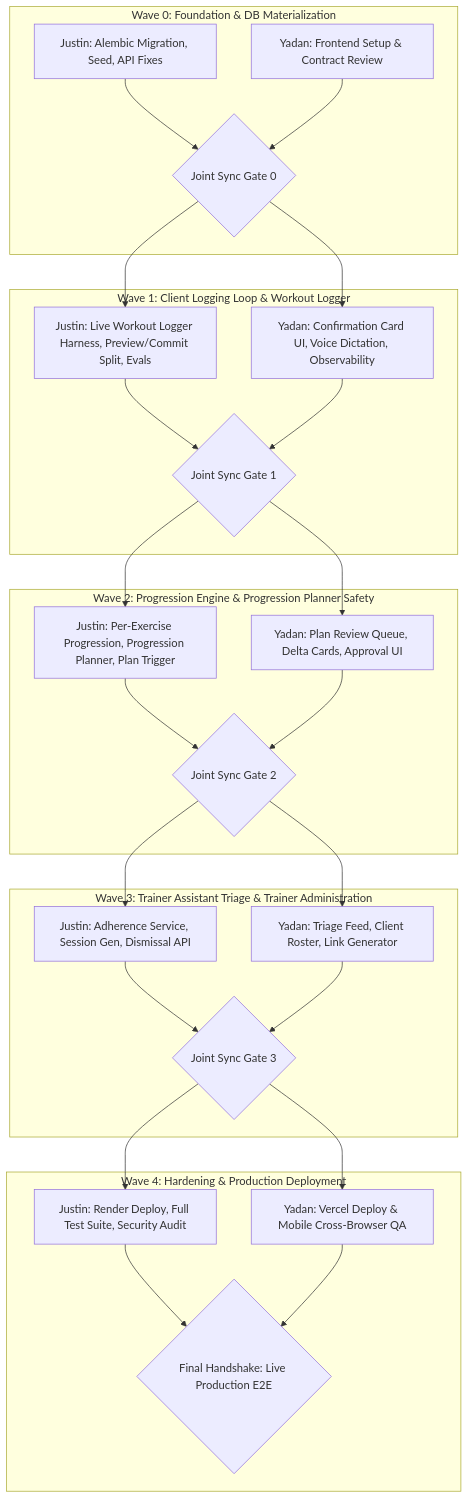
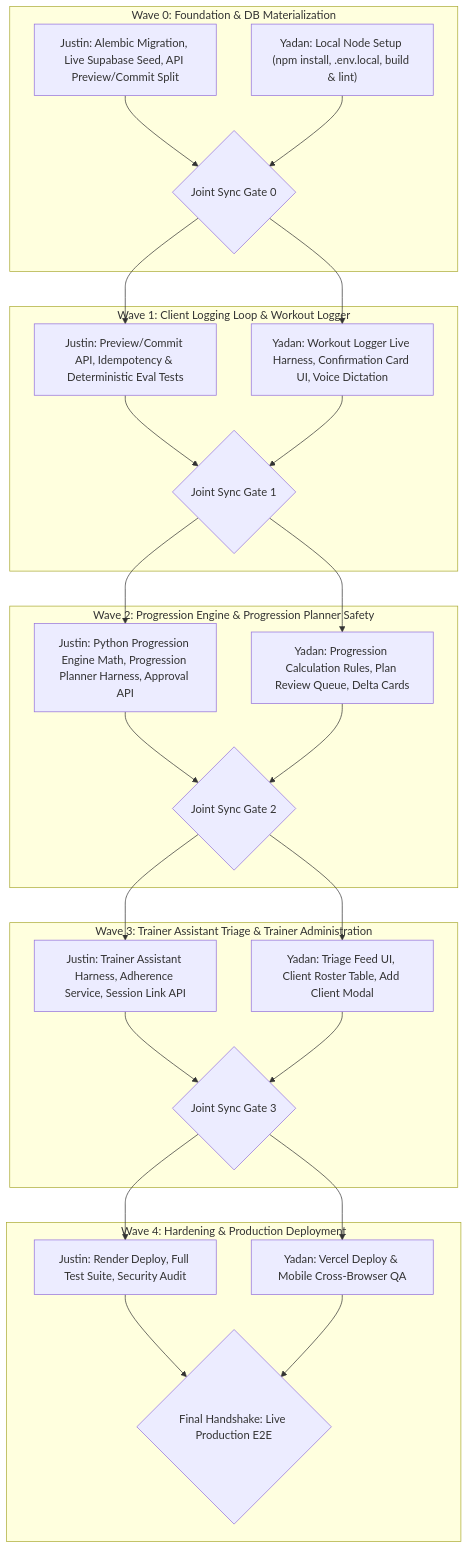
One commit to justin-day-pursuit/trainer-agent-app changed the second of 2 diagrams in documents/09-implementation-plan.md. Above: the diagram before and after it, drawn with Mermaid. The commit also changed other lines of this file and 4 other files, not shown here.

````diff
--- a/documents/09-implementation-plan.md
+++ b/documents/09-implementation-plan.md
@@ -156,50 +165,50 @@
 ```mermaid
 flowchart TD
     subgraph Wave0 ["Wave 0: Foundation & DB Materialization"]
-        W0_J["Justin: Alembic Migration, Seed, API Fixes"]
-        W0_Y["Yadan: Frontend Setup & Contract Review"]
+        W0_J["Justin: Alembic Migration, Live Supabase Seed, API Preview/Commit Split"]
+        W0_Y["Yadan: Local Node Setup (npm install, .env.local, build & lint)"]
         W0_Gate{"Joint Sync Gate 0"}
         W0_J --> W0_Gate
         W0_Y --> W0_Gate
     end
 
     subgraph Wave1 ["Wave 1: Client Logging Loop & Workout Logger"]
-        W1_J["Justin: Live Workout Logger Harness, Preview/Commit Split, Evals"]
-        W1_Y["Yadan: Confirmation Card UI, Voice Dictation, Observability"]
+        W1_J["Justin: Preview/Commit API, Idempotency & Deterministic Eval Tests"]
+        W1_Y["Yadan: Workout Logger Live Harness, Confirmation Card UI, Voice Dictation"]
         W1_Gate{"Joint Sync Gate 1"}
         W0_Gate --> W1_J
         W0_Gate --> W1_Y
         W1_J --> W1_Gate
         W1_Y --> W1_Gate
     end
 
     subgraph Wave2 ["Wave 2: Progression Engine & Progression Planner Safety"]
-        W2_J["Justin: Per-Exercise Progression, Progression Planner, Plan Trigger"]
-        W2_Y["Yadan: Plan Review Queue, Delta Cards, Approval UI"]
+        W2_Y["Yadan: Progression Calculation Rules, Plan Review Queue, Delta Cards"]
+        W2_J["Justin: Python Progression Engine Math, Progression Planner Harness, Approval API"]
         W2_Gate{"Joint Sync Gate 2"}
         W1_Gate --> W2_J
         W1_Gate --> W2_Y
         W2_J --> W2_Gate
         W2_Y --> W2_Gate
     end
 
     subgraph Wave3 ["Wave 3: Trainer Assistant Triage & Trainer Administration"]
-        W3_J["Justin: Adherence Service, Session Gen, Dismissal API"]
-        W3_Y["Yadan: Triage Feed, Client Roster, Link Generator"]
+        W3_J["Justin: Trainer Assistant Harness, Adherence Service, Session Link API"]
+        W3_Y["Yadan: Triage Feed UI, Client Roster Table, Add Client Modal"]
         W3_Gate{"Joint Sync Gate 3"}
         W2_Gate --> W3_J
         W2_Gate --> W3_Y
         W3_J --> W3_Gate
         W3_Y --> W3_Gate
     end
 
     subgraph Wave4 ["Wave 4: Hardening & Production Deployment"]
         W4_J["Justin: Render Deploy, Full Test Suite, Security Audit"]
         W4_Y["Yadan: Vercel Deploy & Mobile Cross-Browser QA"]
         W4_Gate{"Final Handshake: Live Production E2E"}
         W3_Gate --> W4_J
         W3_Gate --> W4_Y
         W4_J --> W4_Gate
         W4_Y --> W4_Gate
     end
 ```
````
